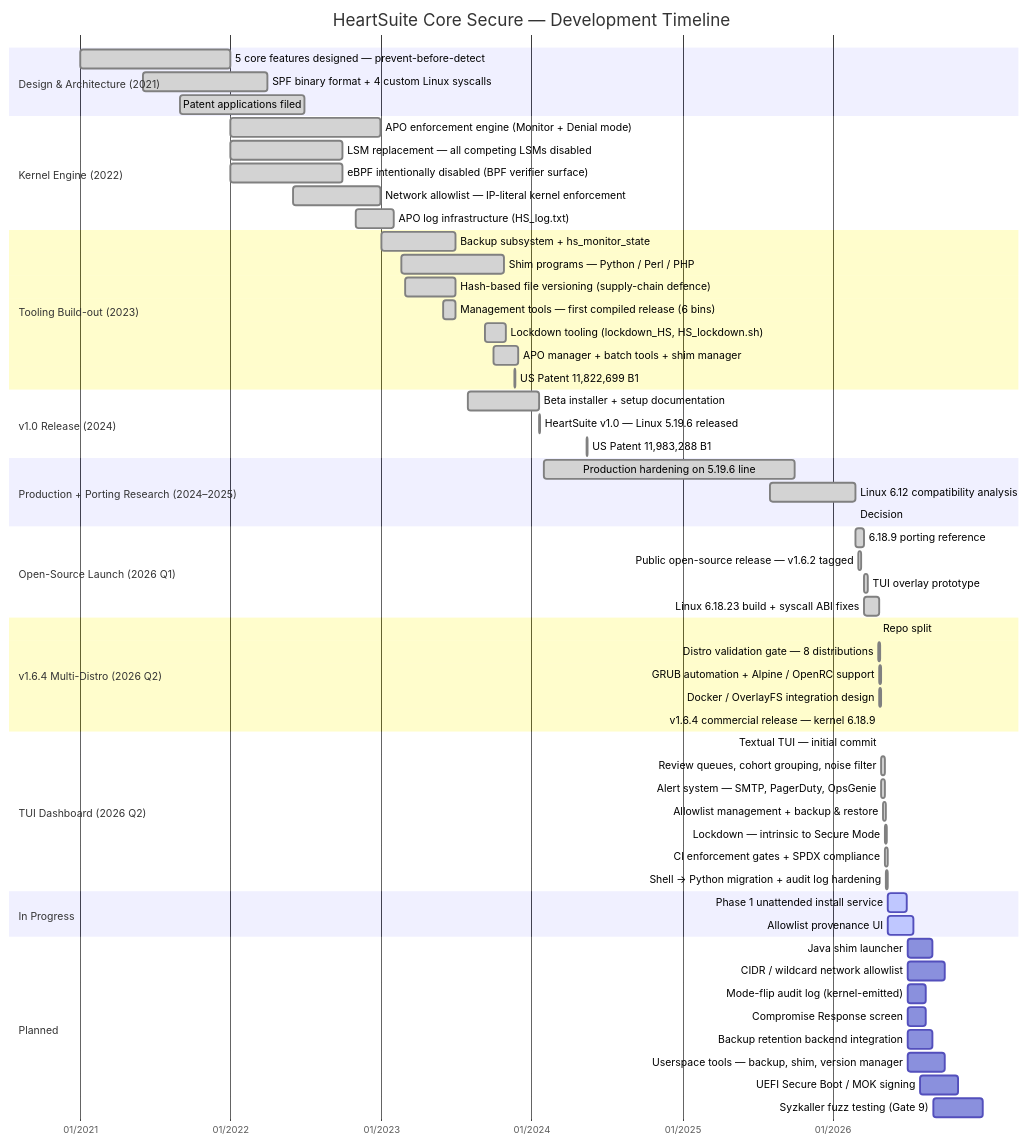
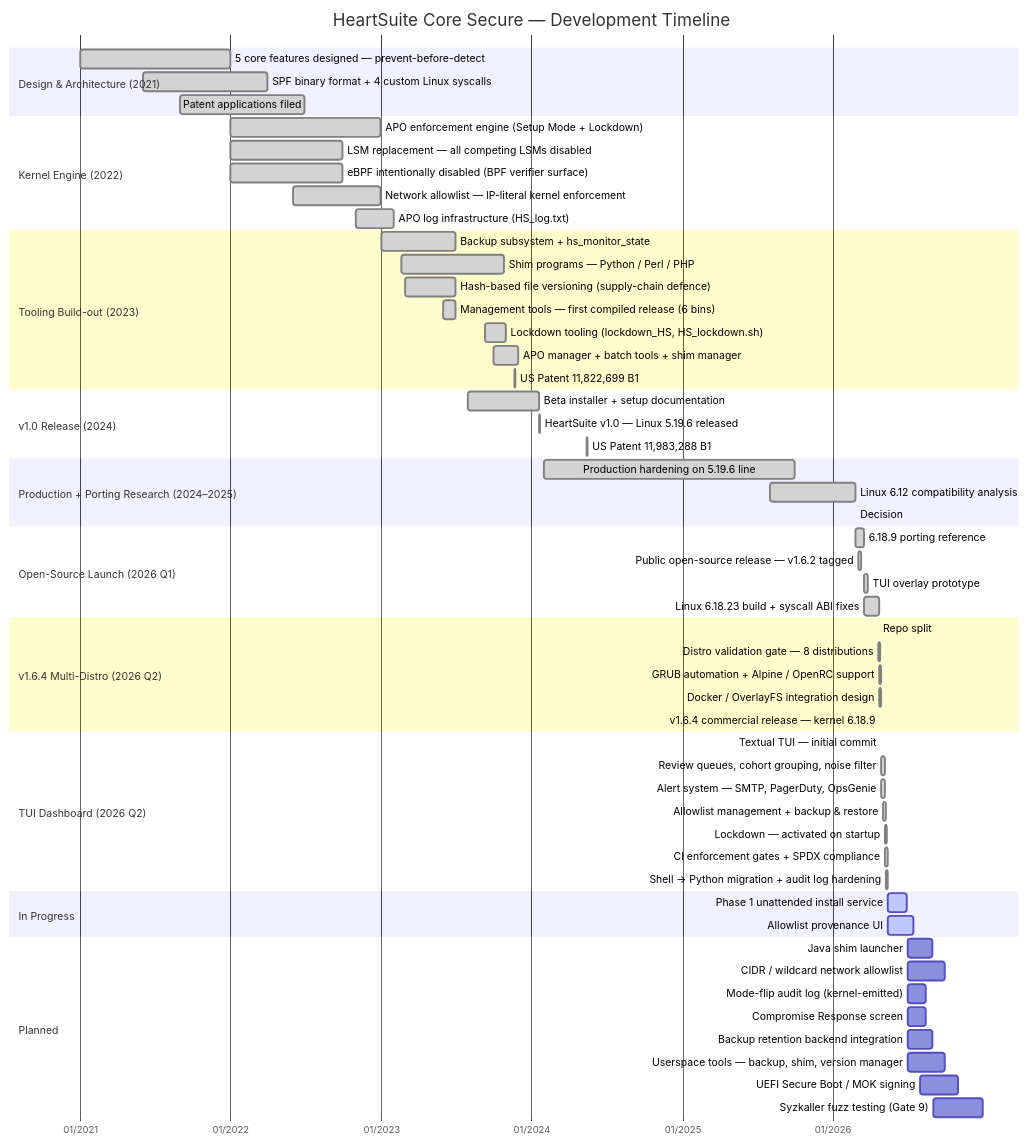
The diagram in content/en/roadmap/_index.md (HeartSecuritySuite/heartsuite-docs), drawn with Mermaid before and after one commit. The commit also changed other lines of this file, not shown here.

Commit message:
fix: replace banned terminology in roadmap

````diff
--- a/content/en/roadmap/_index.md
+++ b/content/en/roadmap/_index.md
@@ -20,73 +20,73 @@
 ```mermaid
 gantt
     title HeartSuite Core Secure — Development Timeline
     dateFormat YYYY-MM-DD
     axisFormat %m/%Y
 
     section Design & Architecture (2021)
     5 core features designed — prevent-before-detect  :done, 2021-01-01, 2021-12-31
     SPF binary format + 4 custom Linux syscalls        :done, 2021-06-01, 2022-03-31
     Patent applications filed                          :done, 2021-09-01, 2022-06-30
 
     section Kernel Engine (2022)
-    APO enforcement engine (Monitor + Denial mode)     :done, 2022-01-01, 2022-12-31
+    APO enforcement engine (Setup Mode + Lockdown)      :done, 2022-01-01, 2022-12-31
     LSM replacement — all competing LSMs disabled      :done, 2022-01-01, 2022-09-30
     eBPF intentionally disabled (BPF verifier surface) :done, 2022-01-01, 2022-09-30
     Network allowlist — IP-literal kernel enforcement  :done, 2022-06-01, 2022-12-31
     APO log infrastructure (HS_log.txt)                :done, 2022-11-01, 2023-01-31
 
     section Tooling Build-out (2023)
     Backup subsystem + hs_monitor_state               :done, 2023-01-01, 2023-06-30
     Shim programs — Python / Perl / PHP               :done, 2023-02-20, 2023-10-25
     Hash-based file versioning (supply-chain defence) :done, 2023-03-01, 2023-07-01
     Management tools — first compiled release (6 bins) :done, 2023-06-01, 2023-07-01
     Lockdown tooling (lockdown_HS, HS_lockdown.sh)    :done, 2023-09-11, 2023-10-31
     APO manager + batch tools + shim manager          :done, 2023-10-01, 2023-11-30
     US Patent 11,822,699 B1                           :done, 2023-11-21, 2023-11-22
 
     section v1.0 Release (2024)
     Beta installer + setup documentation       :done, 2023-07-31, 2024-01-20
     HeartSuite v1.0 — Linux 5.19.6 released           :done, 2024-01-20, 2024-01-21
     US Patent 11,983,288 B1                           :done, 2024-05-14, 2024-05-15
 
     section Production + Porting Research (2024–2025)
     Production hardening on 5.19.6 line               :done, 2024-02-01, 2025-09-30
     Linux 6.12 compatibility analysis                 :done, 2025-08-01, 2026-02-24
     Decision: target Linux 6.18 LTS instead           :done, 2026-02-24, 2026-02-25
 
     section Open-Source Launch (2026 Q1)
     6.18.9 porting reference                   :done, 2026-02-25, 2026-03-17
     Public open-source release — v1.6.2 tagged        :done, 2026-03-05, 2026-03-12
     TUI overlay prototype                             :done, 2026-03-18, 2026-03-26
     Linux 6.18.23 build + syscall ABI fixes           :done, 2026-03-18, 2026-04-24
 
     section v1.6.4 Multi-Distro (2026 Q2)
     Repo split: heartsuite UI + core-secure           :done, 2026-04-21, 2026-04-22
     Distro validation gate — 8 distributions          :done, 2026-04-22, 2026-04-26
     GRUB automation + Alpine / OpenRC support         :done, 2026-04-23, 2026-04-29
     Docker / OverlayFS integration design             :done, 2026-04-24, 2026-04-28
     v1.6.4 commercial release — kernel 6.18.9         :done, 2026-04-26, 2026-04-27
 
     section TUI Dashboard (2026 Q2)
     Textual TUI — initial commit                      :done, 2026-04-28, 2026-04-29
     Review queues, cohort grouping, noise filter      :done, 2026-04-28, 2026-05-07
     Alert system — SMTP, PagerDuty, OpsGenie          :done, 2026-04-28, 2026-05-07
     Allowlist management + backup & restore           :done, 2026-05-04, 2026-05-10
-    Lockdown — intrinsic to Secure Mode               :done, 2026-05-07, 2026-05-12
+    Lockdown — activated on startup                    :done, 2026-05-07, 2026-05-12
     CI enforcement gates + SPDX compliance            :done, 2026-05-07, 2026-05-14
     Shell → Python migration + audit log hardening    :done, 2026-05-09, 2026-05-14
 
     section In Progress
     Phase 1 unattended install service                :active, 2026-05-14, 2026-06-30
     Allowlist provenance UI                           :active, 2026-05-14, 2026-07-15
 
     section Planned
     Java shim launcher                               :2026-07-01, 2026-08-31
     CIDR / wildcard network allowlist                :2026-07-01, 2026-09-30
     Mode-flip audit log (kernel-emitted)             :2026-07-01, 2026-08-15
     Compromise Response screen                       :2026-07-01, 2026-08-15
     Backup retention backend integration             :2026-07-01, 2026-08-31
     Userspace tools — backup, shim, version manager  :2026-07-01, 2026-09-30
     UEFI Secure Boot / MOK signing                   :2026-08-01, 2026-10-31
     Syzkaller fuzz testing (Gate 9)                  :2026-09-01, 2026-12-31
 ```
````
